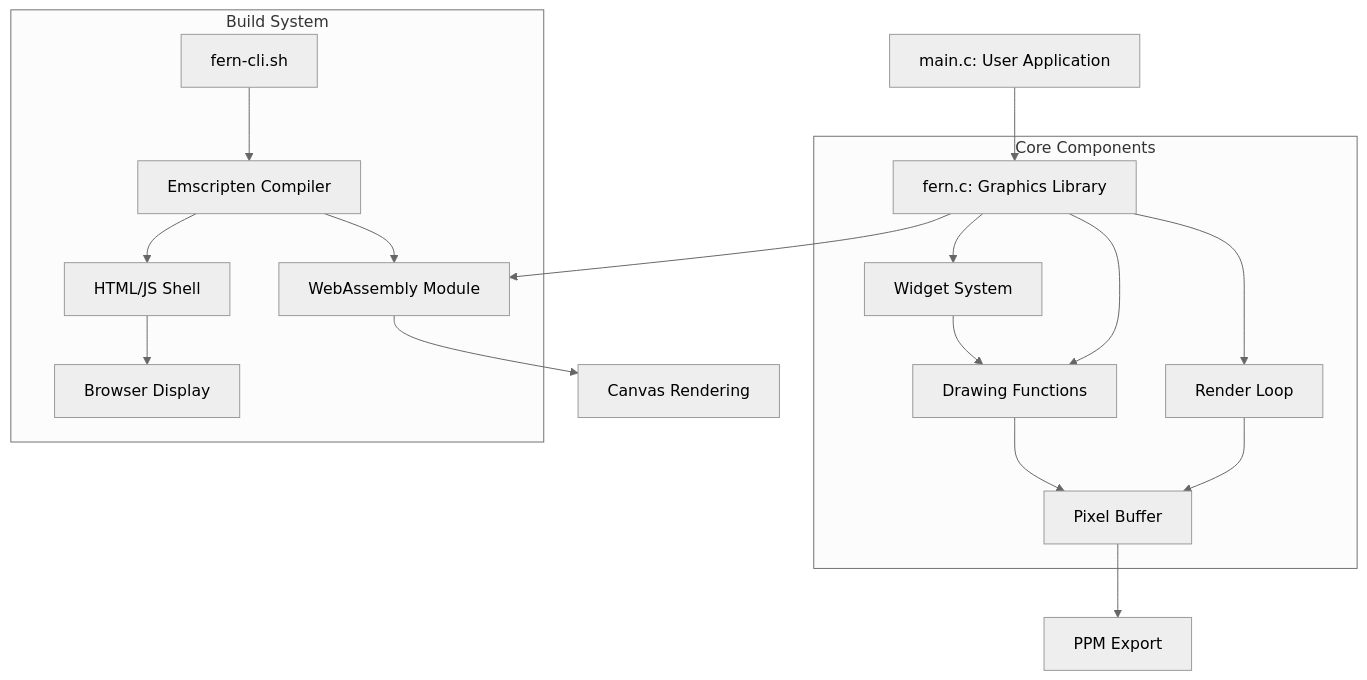
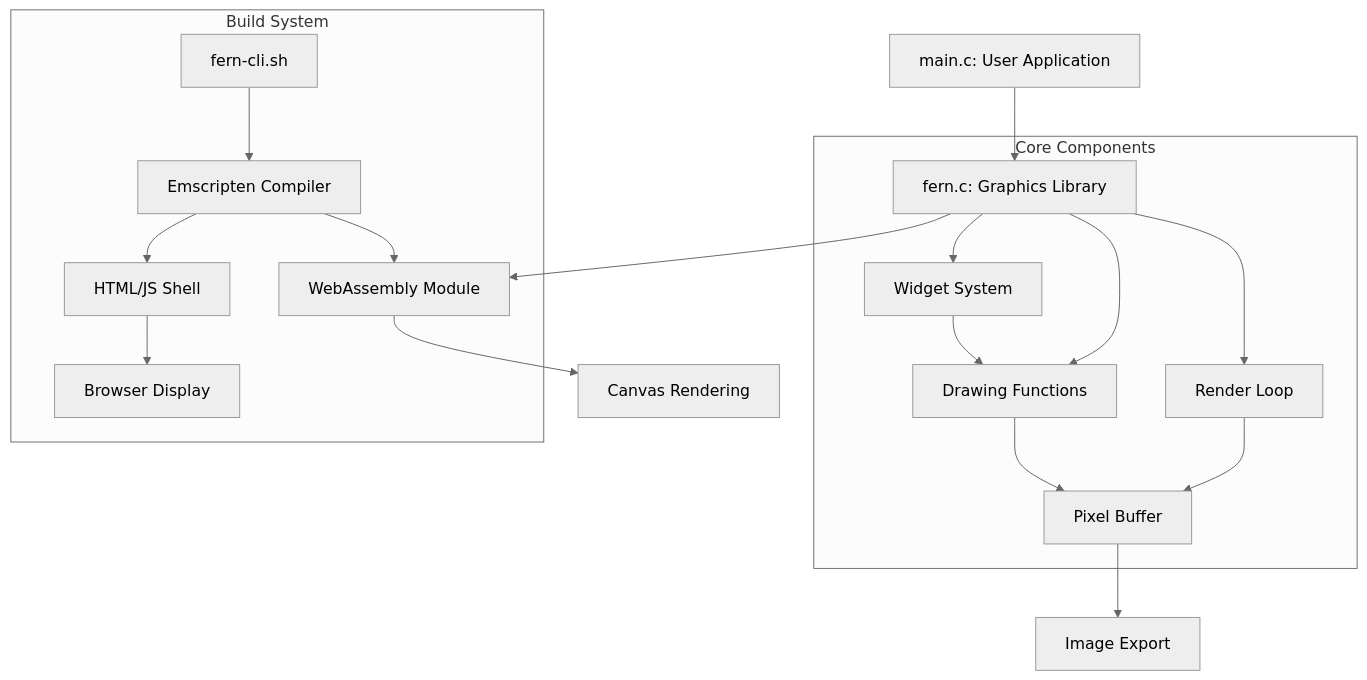
One commit to sudonitj/fern changed the diagram in README.md. Above: the diagram before and after it, drawn with Mermaid (neutral theme). The commit also changed other lines of this file and 42 other files, not shown here.

````diff
--- a/README.md
+++ b/README.md
@@ -637,24 +630,24 @@
 ```mermaid
 graph TD
     A[main.c: User Application] --> B[fern.c: Graphics Library]
     B --> C[WebAssembly Module]
     C --> D[Canvas Rendering]
     
     subgraph "Core Components"
         E[Drawing Functions] --> F[Pixel Buffer]
         G[Widget System] --> E
         H[Render Loop] --> F
         B --> E
         B --> G
         B --> H
     end
     
     subgraph "Build System"
         I[fern-cli.sh] --> J[Emscripten Compiler]
         J --> C
         J --> K[HTML/JS Shell]
         K --> L[Browser Display]
     end
     
-    F --> M[PPM Export]
+    F --> M[Image Export]
 ```
````
